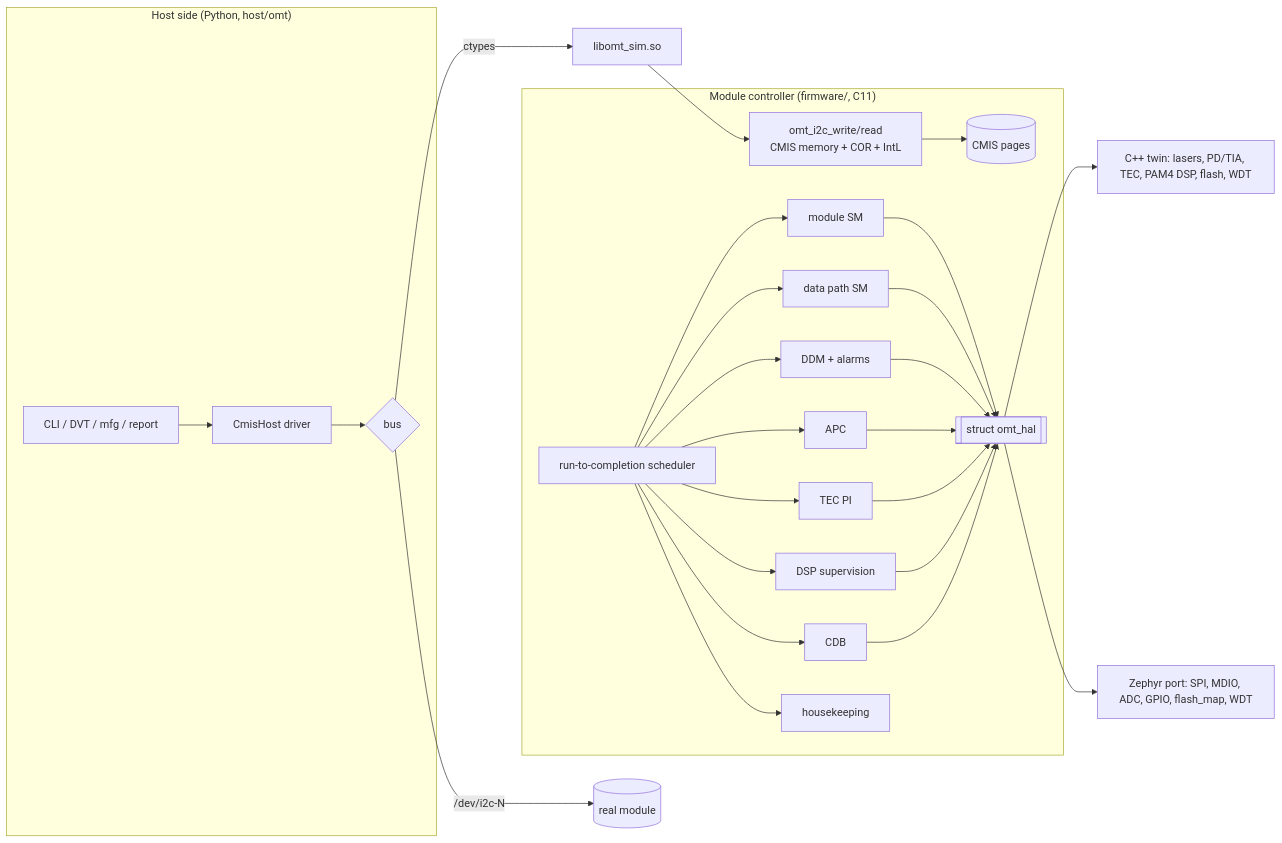
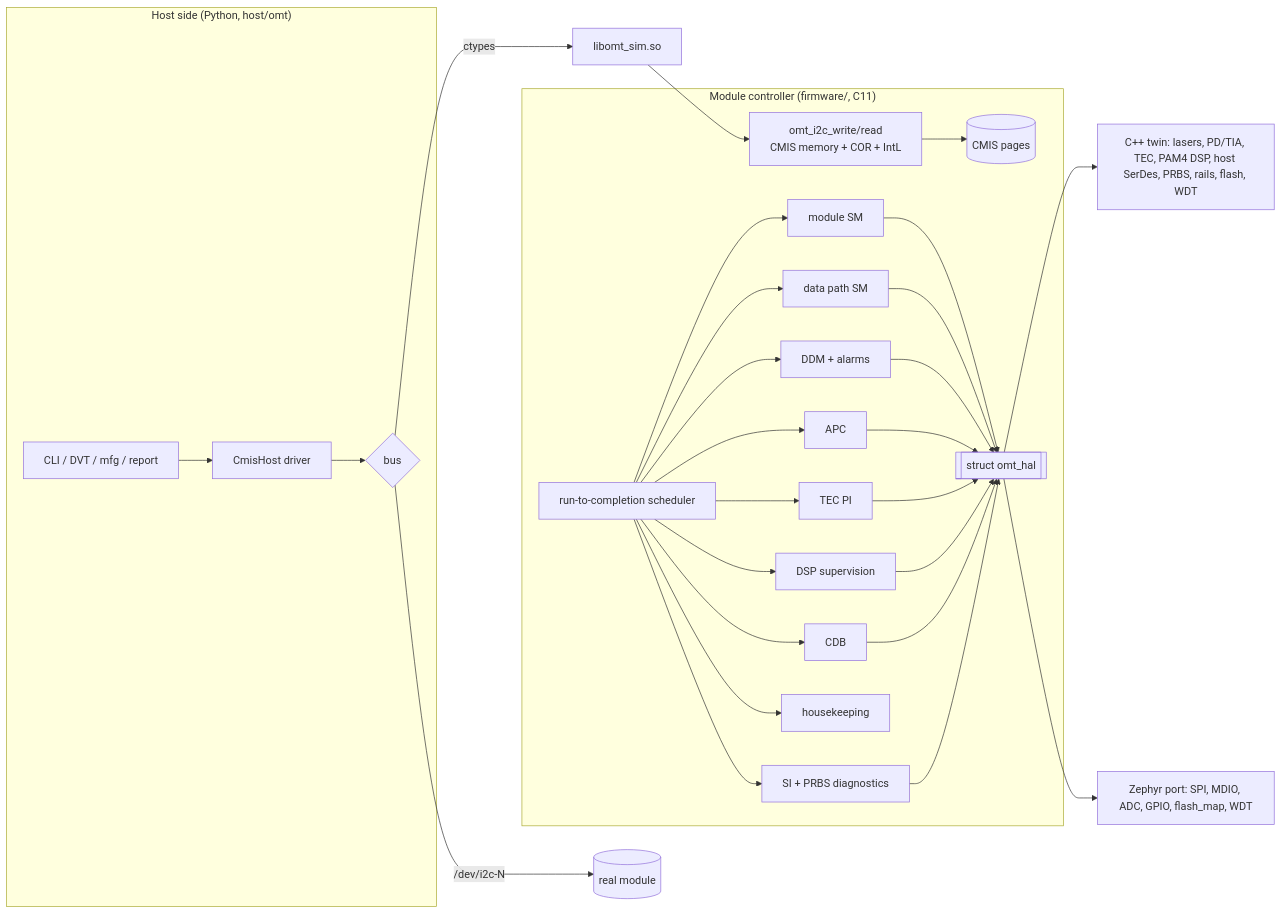
One commit to gudiri1/optical-module-twin changed the diagram in docs/architecture.md. Above: the diagram before and after it, drawn with Mermaid. The commit also changed other lines of this file and 41 other files, not shown here.

````diff
--- a/docs/architecture.md
+++ b/docs/architecture.md
@@ -5,17 +5,18 @@
 ```mermaid
 flowchart LR
   subgraph Host["Host side (Python, host/omt)"]
     CLI[CLI / DVT / mfg / report] --> H[CmisHost driver]
     H --> BUS{bus}
   end
   BUS -->|ctypes| SIM[libomt_sim.so]
   BUS -->|/dev/i2c-N| HW[(real module)]
   subgraph Module["Module controller (firmware/, C11)"]
     I2C[omt_i2c_write/read<br/>CMIS memory + COR + IntL] --> MEM[(CMIS pages)]
     SCHED[run-to-completion scheduler] --> MSM[module SM] & DPSM[data path SM] & MON[DDM + alarms] & APC[APC] & TEC[TEC PI] & DSP[DSP supervision] & CDB[CDB] & HK[housekeeping]
-    MSM & DPSM & MON & APC & TEC & DSP & CDB --> HAL[[struct omt_hal]]
+    SCHED --> DIAG[SI + PRBS diagnostics]
+    MSM & DPSM & MON & APC & TEC & DSP & CDB & DIAG --> HAL[[struct omt_hal]]
   end
   SIM --> I2C
-  HAL --> TWIN[C++ twin: lasers, PD/TIA, TEC, PAM4 DSP, flash, WDT]
+  HAL --> TWIN[C++ twin: lasers, PD/TIA, TEC, PAM4 DSP, host SerDes, PRBS, rails, flash, WDT]
   HAL --> ZEP[Zephyr port: SPI, MDIO, ADC, GPIO, flash_map, WDT]
 ```
````
